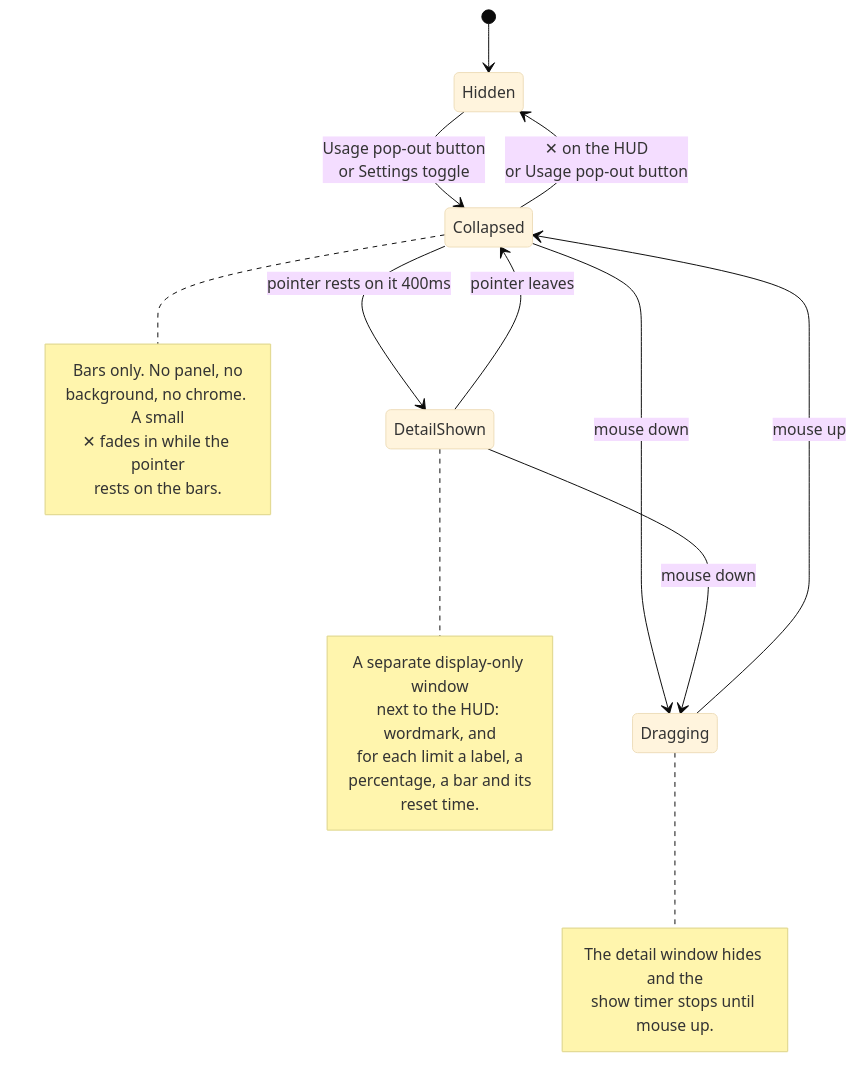
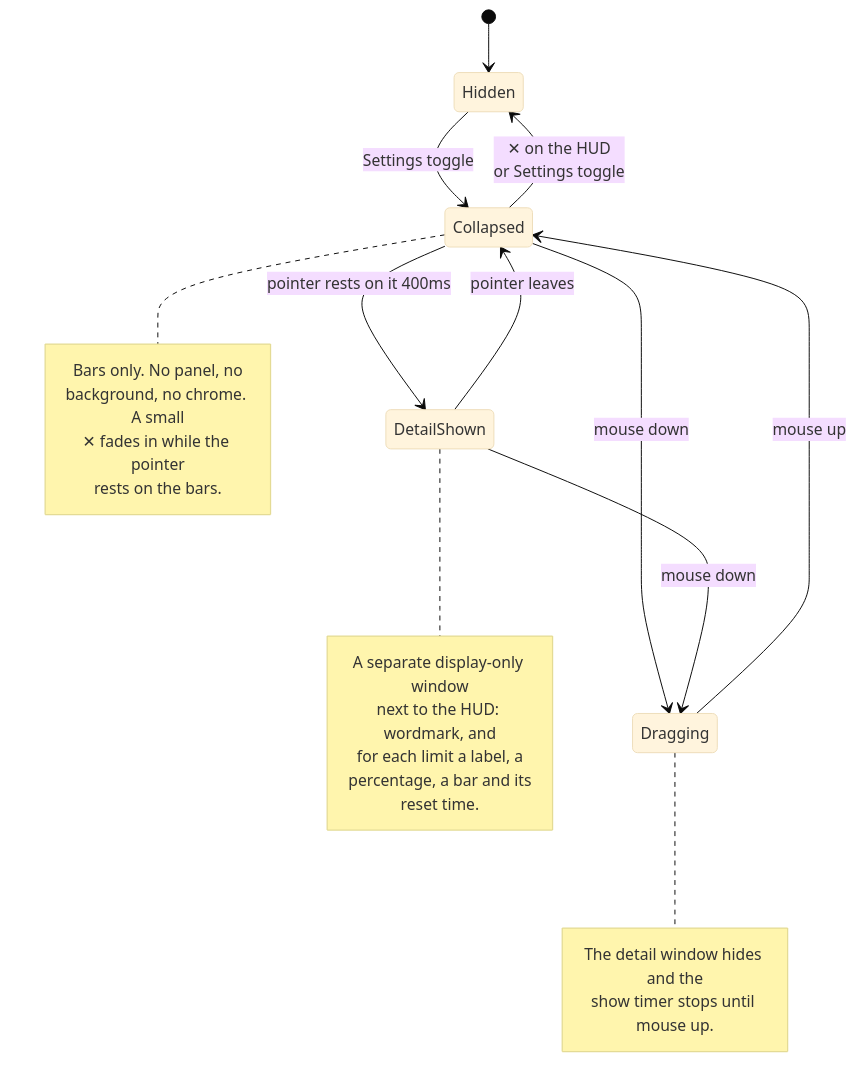
Before and after one commit to antiburn/antiburn: the diagram in docs/hud-states.md, drawn with Mermaid (base theme). The commit also changed other lines of this file and 20 other files, not shown here.

````diff
--- a/docs/hud-states.md
+++ b/docs/hud-states.md
@@ -11,31 +11,31 @@
 ```mermaid
 stateDiagram-v2
     [*] --> Hidden
-    Hidden --> Collapsed: Usage pop-out button<br/>or Settings toggle
-    Collapsed --> Hidden: ✕ on the HUD<br/>or Usage pop-out button
+    Hidden --> Collapsed: Settings toggle
+    Collapsed --> Hidden: ✕ on the HUD<br/>or Settings toggle
 
     Collapsed --> DetailShown: pointer rests on it 400ms
     DetailShown --> Collapsed: pointer leaves
 
     Collapsed --> Dragging: mouse down
     DetailShown --> Dragging: mouse down
     Dragging --> Collapsed: mouse up
 
     note right of Collapsed
         Bars only. No panel, no
         background, no chrome. A small
         ✕ fades in while the pointer
         rests on the bars.
     end note
     note right of DetailShown
         A separate display-only window
         next to the HUD: wordmark, and
         for each limit a label, a
         percentage, a bar and its
         reset time.
     end note
     note right of Dragging
         The detail window hides and the
         show timer stops until mouse up.
     end note
 ```
````
